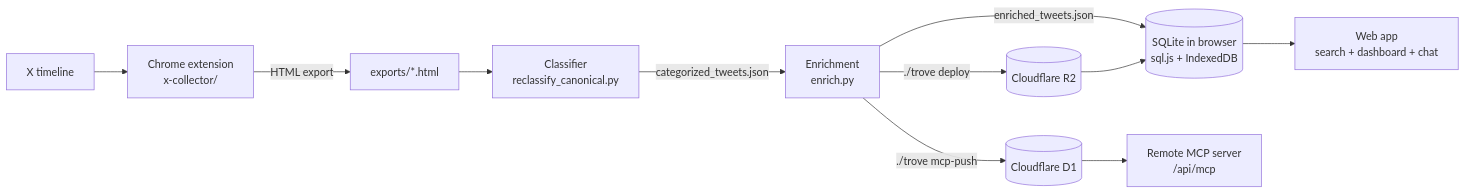
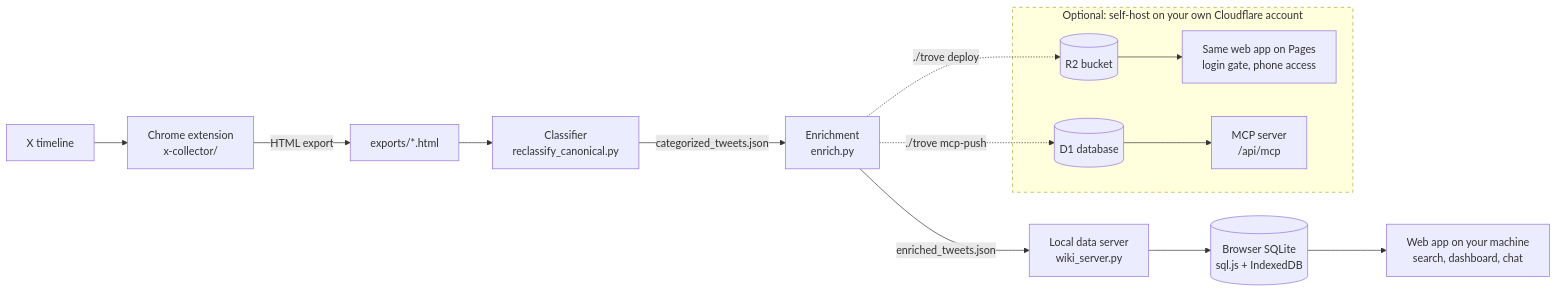
Before and after one commit to fquresh/twitter-trove: the first of 2 diagrams in docs/architecture.md, drawn with Mermaid. The commit also changed other lines of this file and 1 other file, not shown here.

Commit message:
docs: show Cloudflare as an optional self-host path
The flowchart drew R2 and D1 as core steps. Local mode is the default
and needs no Cloudflare account, so the cloud path now sits in a dashed
optional box, and the local data server is shown.

````diff
--- a/docs/architecture.md
+++ b/docs/architecture.md
@@ -15,13 +15,19 @@
 ```mermaid
 flowchart LR
   X[X timeline] --> EXT[Chrome extension<br/>x-collector/]
-  EXT -->|HTML export| RAW[exports/*.html]
-  RAW --> CLS[Classifier<br/>reclassify_canonical.py]
+  EXT -->|HTML export| EXP[exports/*.html]
+  EXP --> CLS[Classifier<br/>reclassify_canonical.py]
   CLS -->|categorized_tweets.json| ENR[Enrichment<br/>enrich.py]
-  ENR -->|enriched_tweets.json| LOCAL[(SQLite in browser<br/>sql.js + IndexedDB)]
-  ENR -->|./trove deploy| R2[(Cloudflare R2)]
-  R2 --> LOCAL
-  LOCAL --> APP[Web app<br/>search + dashboard + chat]
-  ENR -->|./trove mcp-push| D1[(Cloudflare D1)]
-  D1 --> MCP[Remote MCP server<br/>/api/mcp]
+  ENR -->|enriched_tweets.json| WS[Local data server<br/>wiki_server.py]
+  WS --> DB[(Browser SQLite<br/>sql.js + IndexedDB)]
+  DB --> APP[Web app on your machine<br/>search, dashboard, chat]
+
+  subgraph CLOUD [Optional: self-host on your own Cloudflare account]
+    R2[(R2 bucket)] --> PAGES[Same web app on Pages<br/>login gate, phone access]
+    D1[(D1 database)] --> MCP[MCP server<br/>/api/mcp]
+  end
+
+  ENR -.->|./trove deploy| R2
+  ENR -.->|./trove mcp-push| D1
+  style CLOUD stroke-dasharray: 5 5
 ```
````
